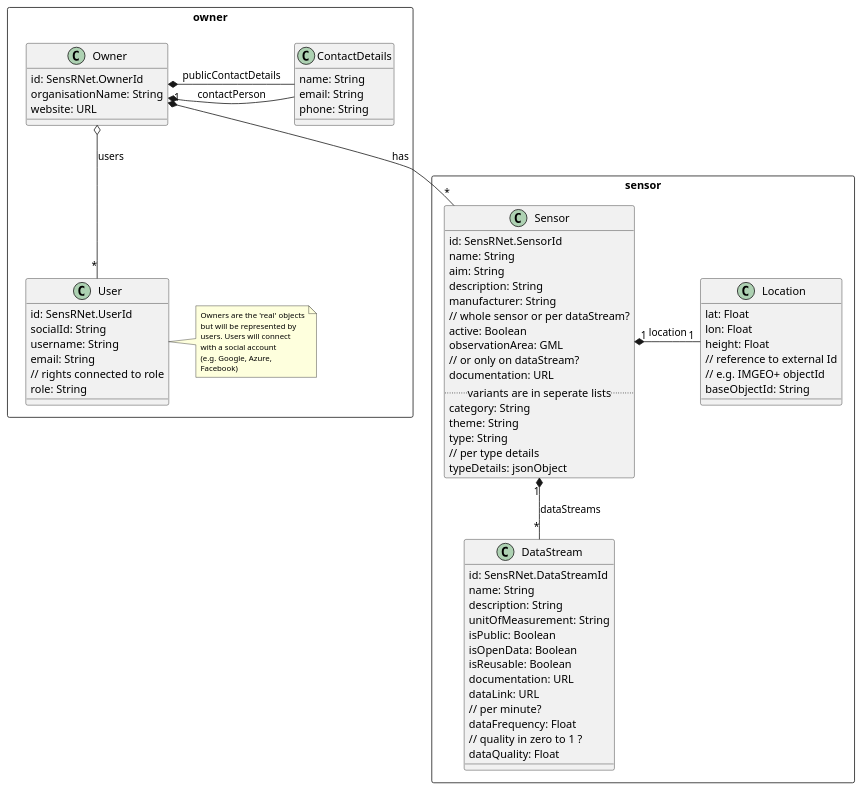
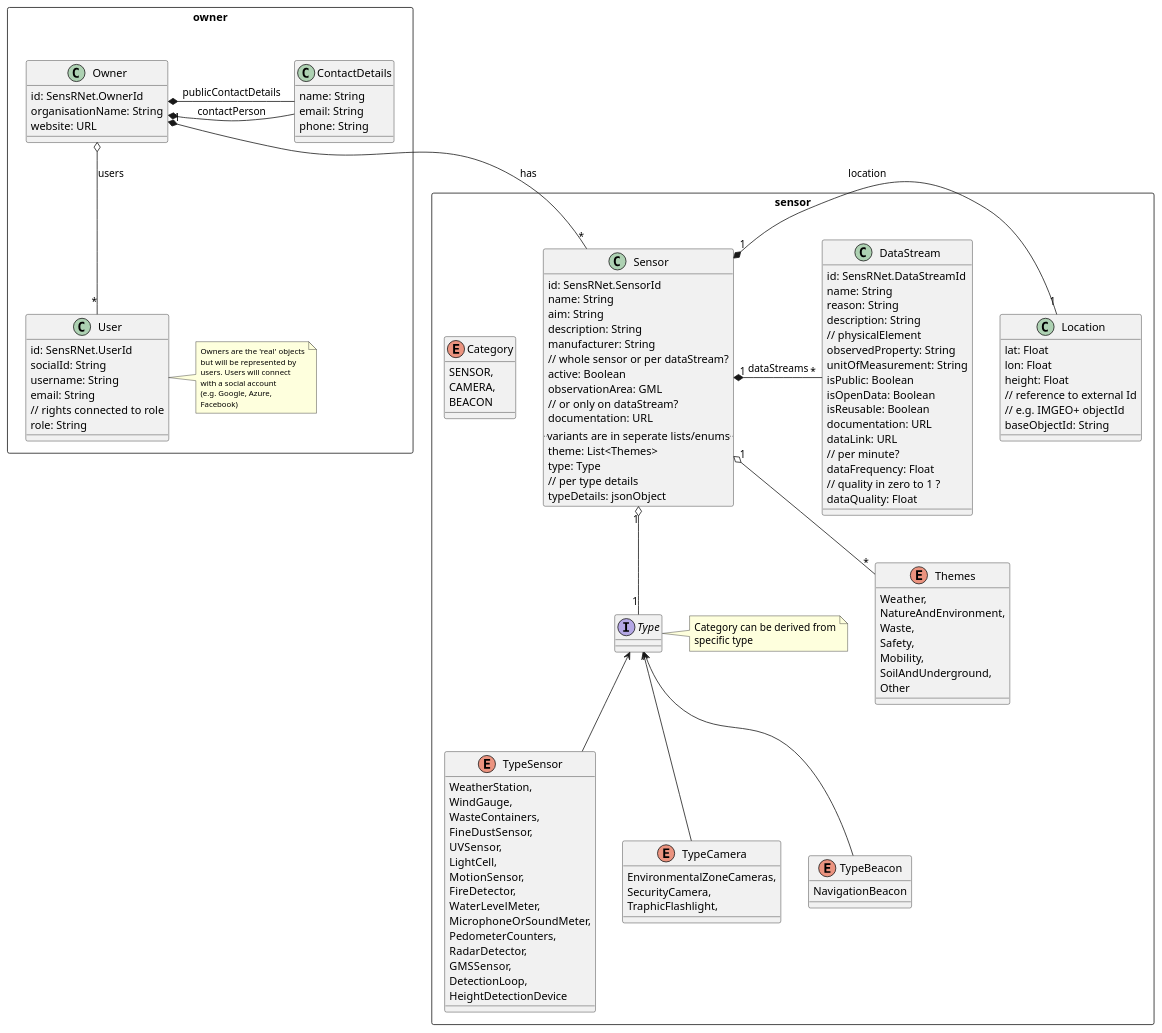
One commit to kadaster-labs/sensrnet-home changed the diagram in src/model.puml. Above: the diagram before and after it, drawn with PlantUML. The commit also changed 2 other files, not shown here.

```diff
--- a/src/model.puml
+++ b/src/model.puml
@@ -1,94 +1,152 @@
 @startuml "SensRNet-UML-Model"
 
 package owner <<Rectangle>> {
     together {
         class Owner {
             id: SensRNet.OwnerId
             organisationName: String
             website: URL
         }
 
         class ContactDetails {
             name: String
             email: String
             phone: String
         }
 
         Owner *- ContactDetails : contactPerson
         Owner *- ContactDetails : publicContactDetails
     }
 
     class User {
         id: SensRNet.UserId
         socialId: String
         username: String
         email: String
         // rights connected to role
         role: String
     }
 
     note right
         <size:10>Owners are the 'real' objects</size>
         <size:10>but will be represented by</size>
         <size:10>users. Users will connect</size>
         <size:10>with a social account</size>
         <size:10>(e.g. Google, Azure, </size>
         <size:10>Facebook)</size>
     end note
 
     Owner o-- "*" User : users
 }
 
 package sensor <<Rectangle>> {
     class Sensor {
         id: SensRNet.SensorId
         name: String
         aim: String
         description: String
         manufacturer: String
         // whole sensor or per dataStream?
         active: Boolean 
         observationArea: GML
         // or only on dataStream?
         documentation: URL
-        .. variants are in seperate lists ..
-        category: String
-        theme: String
-        type: String
+        .. variants are in seperate lists/enums ..
+        theme: List<Themes>
+        type: Type
         // per type details
         typeDetails: jsonObject
+    }
+
+    interface Type
+
+    note left
+        Category can be derived from
+        specific type
+    end note
+
+    enum Category {
+        SENSOR,
+        CAMERA,
+        BEACON
+    }
+
+    enum Themes {
+        Weather,
+        NatureAndEnvironment,
+        Waste,
+        Safety,
+        Mobility,
+        SoilAndUnderground,
+        Other
+    }
+
+    enum TypeSensor {
+        WeatherStation,
+        WindGauge,
+        WasteContainers,
+        FineDustSensor,
+        UVSensor,
+        LightCell,
+        MotionSensor,
+        FireDetector,
+        WaterLevelMeter,
+        MicrophoneOrSoundMeter,
+        PedometerCounters,
+        RadarDetector,
+        GMSSensor,
+        DetectionLoop,
+        HeightDetectionDevice
+    }
+
+    enum TypeCamera {
+        EnvironmentalZoneCameras,
+        SecurityCamera,
+        TraphicFlashlight,
+    }
+
+    enum TypeBeacon {
+        NavigationBeacon
     }
 
     class Location {
         lat: Float
         lon: Float
         height: Float
         // reference to external Id
         // e.g. IMGEO+ objectId
         baseObjectId: String
     }
 
     class DataStream {
         id: SensRNet.DataStreamId
         name: String
+        reason: String
         description: String
+        // physicalElement
+        observedProperty: String
         unitOfMeasurement: String
         isPublic: Boolean
         isOpenData: Boolean
         isReusable: Boolean
         documentation: URL
         dataLink: URL
         // per minute?
         dataFrequency: Float
         // quality in zero to 1 ?
         dataQuality: Float
     }
 
     Sensor "1" *- "1" Location : location
-    Sensor "1" *-- "*" DataStream : dataStreams
+    Sensor "1" *- "*" DataStream : dataStreams
 
+    Sensor "1" o-- "*" Themes
+    Sensor "1" o-- "1" Type
+    Type <-- TypeSensor
+    Type <-- TypeBeacon
+    Type <-- TypeCamera
 }
 
 Owner "1" *-- "*" Sensor : has
 
 @enduml
```
